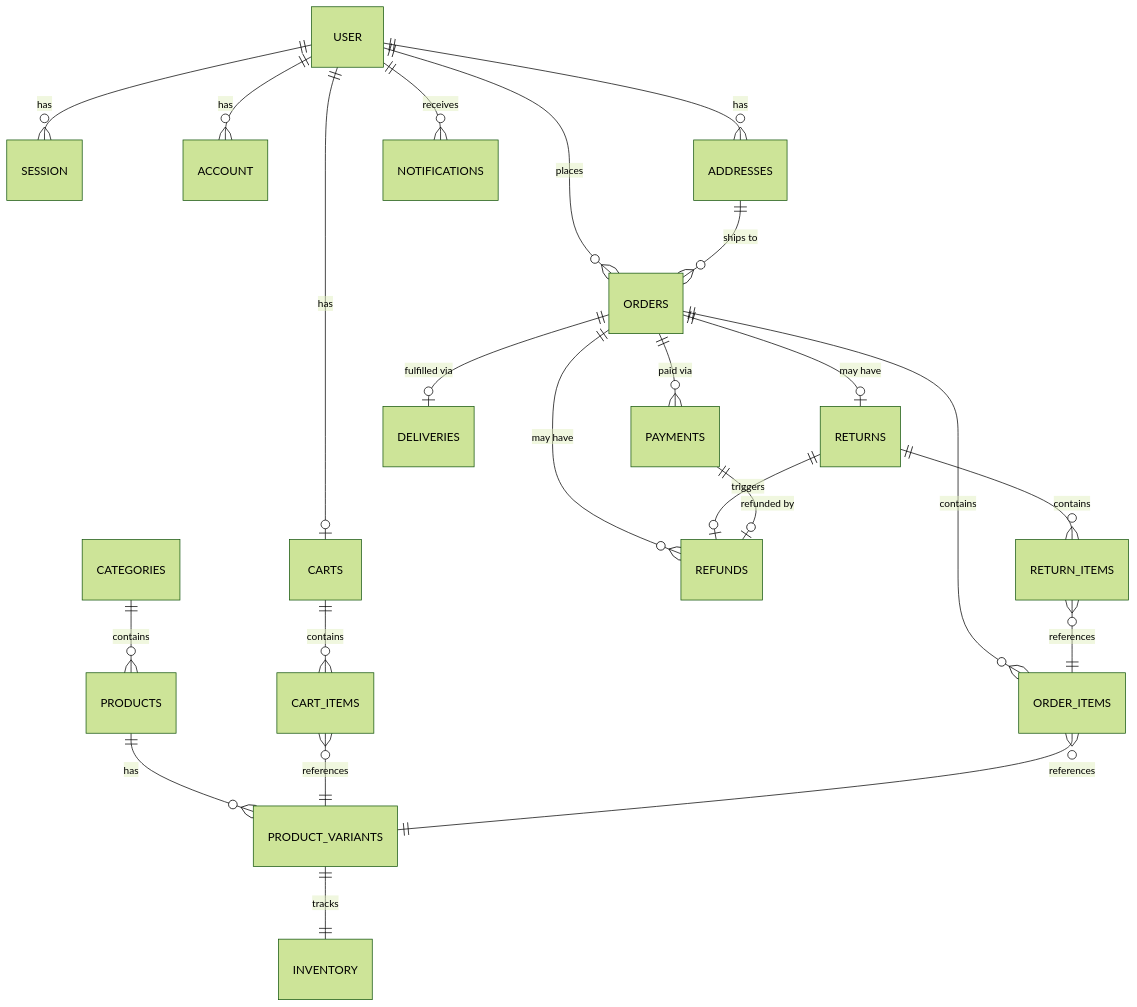
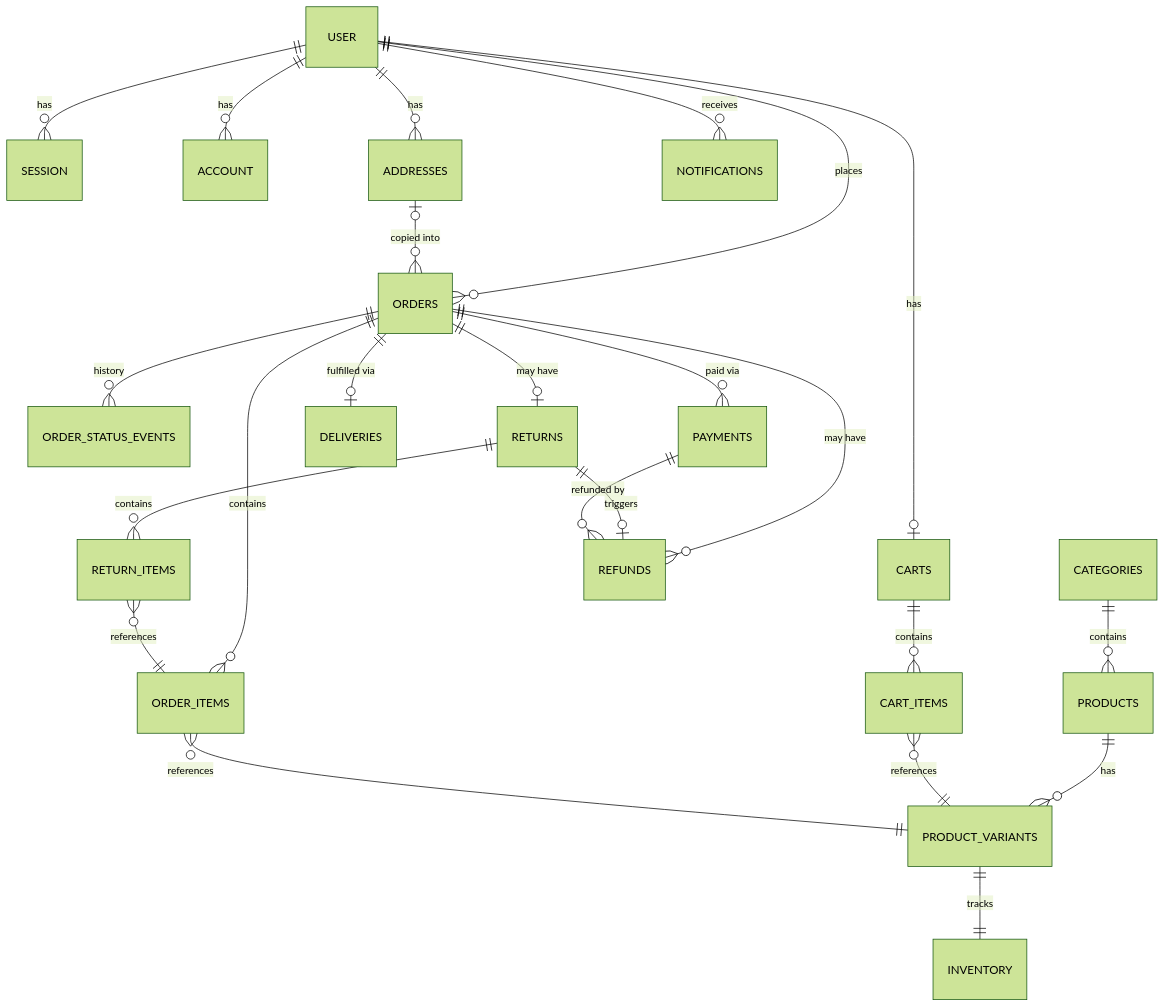
Before and after one commit to RANDOM-KIDS/senator_docs: the diagram in docs/database-schema.md, drawn with Mermaid (forest theme). The commit also changed other lines of this file and 6 other files, not shown here.

````diff
--- a/docs/database-schema.md
+++ b/docs/database-schema.md
@@ -7,31 +7,32 @@
 ```mermaid
 erDiagram
     USER ||--o{ SESSION : has
     USER ||--o{ ACCOUNT : has
     USER ||--o{ ADDRESSES : has
     USER ||--o| CARTS : has
     USER ||--o{ ORDERS : places
     USER ||--o{ NOTIFICATIONS : receives
 
     CATEGORIES ||--o{ PRODUCTS : contains
     PRODUCTS ||--o{ PRODUCT_VARIANTS : has
     PRODUCT_VARIANTS ||--|| INVENTORY : tracks
 
     CARTS ||--o{ CART_ITEMS : contains
     CART_ITEMS }o--|| PRODUCT_VARIANTS : references
 
-    ADDRESSES ||--o{ ORDERS : "ships to"
+    ADDRESSES |o--o{ ORDERS : "copied into"
     ORDERS ||--o{ ORDER_ITEMS : contains
+    ORDERS ||--o{ ORDER_STATUS_EVENTS : "history"
     ORDER_ITEMS }o--|| PRODUCT_VARIANTS : references
 
     ORDERS ||--o{ PAYMENTS : "paid via"
     ORDERS ||--o| DELIVERIES : "fulfilled via"
     ORDERS ||--o| RETURNS : "may have"
     ORDERS ||--o{ REFUNDS : "may have"
 
     RETURNS ||--o{ RETURN_ITEMS : contains
     RETURN_ITEMS }o--|| ORDER_ITEMS : references
     RETURNS ||--o| REFUNDS : triggers
 
-    PAYMENTS ||--o| REFUNDS : "refunded by"
+    PAYMENTS ||--o{ REFUNDS : "refunded by"
 ```
````
